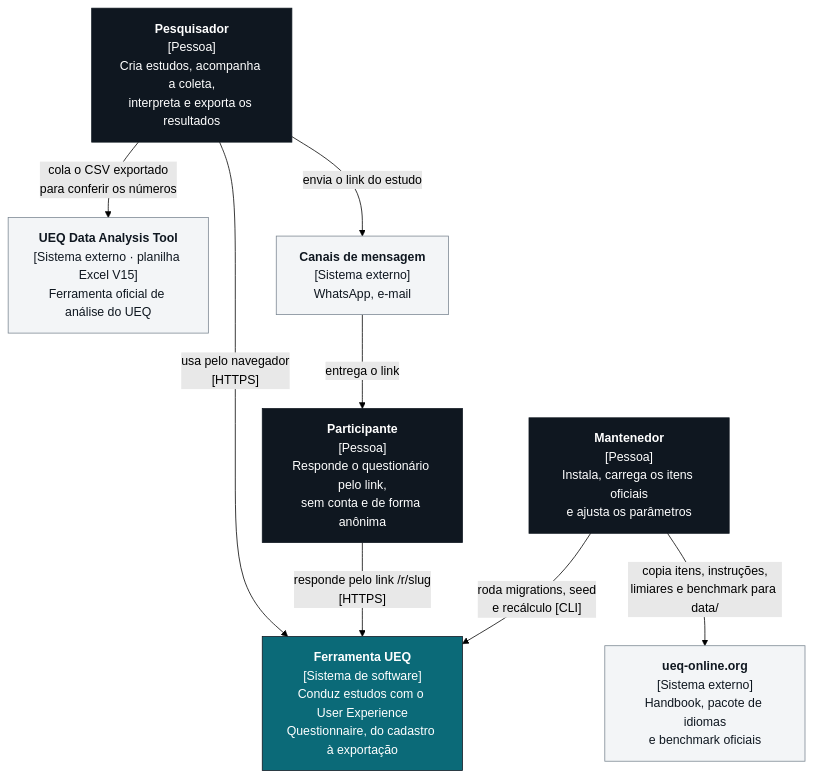
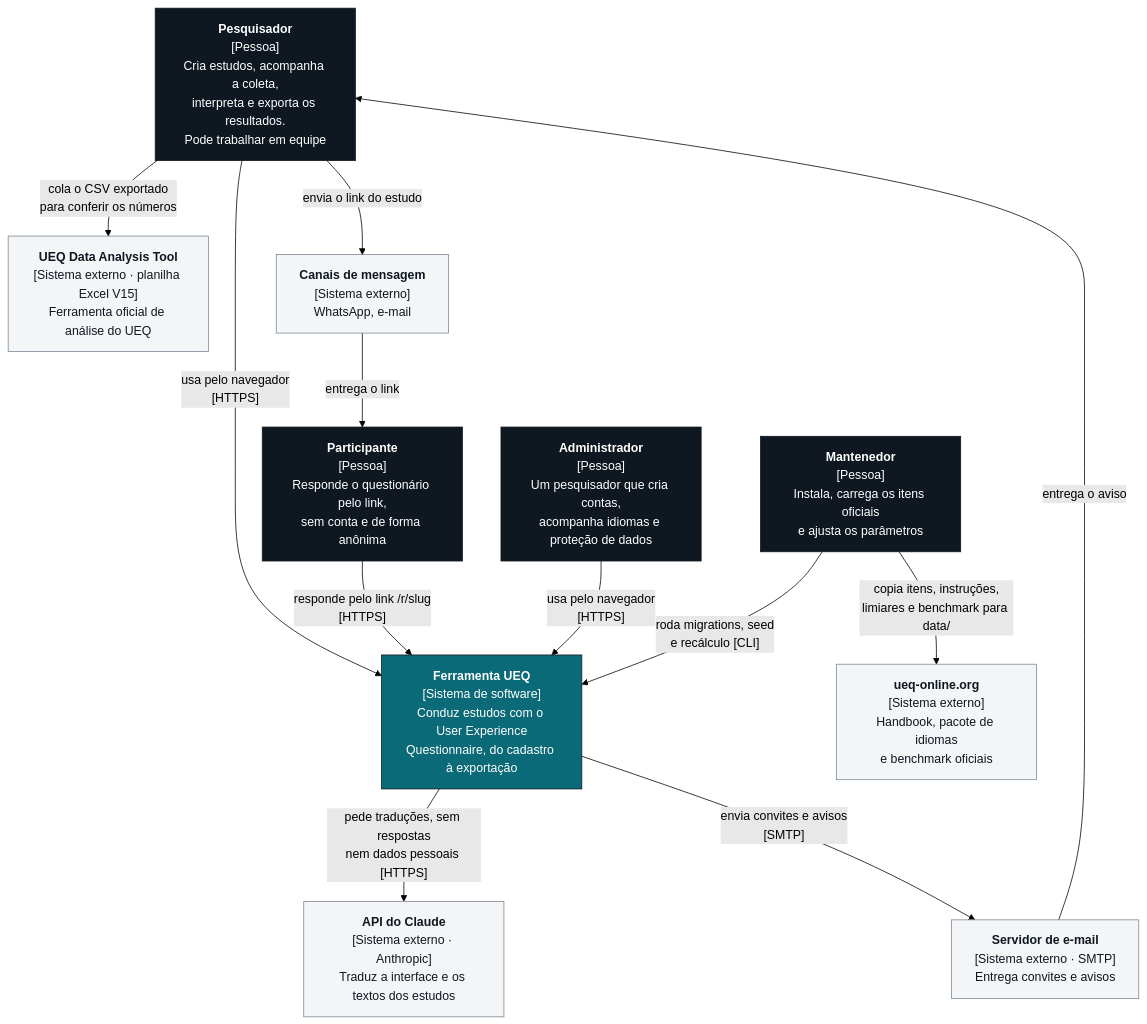
One commit to gabrielfjm/ueq_form_ihc changed the first of 4 diagrams in docs/documentacao/arquitetura.md. Above: the diagram before and after it, drawn with Mermaid (forest theme). The commit also changed other lines of this file and 54 other files, not shown here.

````diff
--- a/docs/documentacao/arquitetura.md
+++ b/docs/documentacao/arquitetura.md
@@ -22,27 +25,34 @@
 ```mermaid
 flowchart TB
-    pesquisador["<b>Pesquisador</b><br/>[Pessoa]<br/>Cria estudos, acompanha a coleta,<br/>interpreta e exporta os resultados"]
+    pesquisador["<b>Pesquisador</b><br/>[Pessoa]<br/>Cria estudos, acompanha a coleta,<br/>interpreta e exporta os resultados.<br/>Pode trabalhar em equipe"]
     participante["<b>Participante</b><br/>[Pessoa]<br/>Responde o questionário pelo link,<br/>sem conta e de forma anônima"]
+    administrador["<b>Administrador</b><br/>[Pessoa]<br/>Um pesquisador que cria contas,<br/>acompanha idiomas e proteção de dados"]
     mantenedor["<b>Mantenedor</b><br/>[Pessoa]<br/>Instala, carrega os itens oficiais<br/>e ajusta os parâmetros"]
 
     ferramenta["<b>Ferramenta UEQ</b><br/>[Sistema de software]<br/>Conduz estudos com o User Experience<br/>Questionnaire, do cadastro à exportação"]
 
+    claude["<b>API do Claude</b><br/>[Sistema externo · Anthropic]<br/>Traduz a interface e os textos dos estudos"]
+    smtp["<b>Servidor de e-mail</b><br/>[Sistema externo · SMTP]<br/>Entrega convites e avisos"]
     planilha["<b>UEQ Data Analysis Tool</b><br/>[Sistema externo · planilha Excel V15]<br/>Ferramenta oficial de análise do UEQ"]
     ueqonline["<b>ueq-online.org</b><br/>[Sistema externo]<br/>Handbook, pacote de idiomas<br/>e benchmark oficiais"]
-    whatsapp["<b>Canais de mensagem</b><br/>[Sistema externo]<br/>WhatsApp, e-mail"]
+    canais["<b>Canais de mensagem</b><br/>[Sistema externo]<br/>WhatsApp, e-mail"]
 
     pesquisador -- "usa pelo navegador<br/>[HTTPS]" --> ferramenta
     participante -- "responde pelo link /r/slug<br/>[HTTPS]" --> ferramenta
+    administrador -- "usa pelo navegador<br/>[HTTPS]" --> ferramenta
     mantenedor -- "roda migrations, seed<br/>e recálculo [CLI]" --> ferramenta
-    pesquisador -- "envia o link do estudo" --> whatsapp
-    whatsapp -- "entrega o link" --> participante
+    ferramenta -- "pede traduções, sem respostas<br/>nem dados pessoais [HTTPS]" --> claude
+    ferramenta -- "envia convites e avisos<br/>[SMTP]" --> smtp
+    smtp -- "entrega o aviso" --> pesquisador
+    pesquisador -- "envia o link do estudo" --> canais
+    canais -- "entrega o link" --> participante
     pesquisador -- "cola o CSV exportado<br/>para conferir os números" --> planilha
     mantenedor -- "copia itens, instruções,<br/>limiares e benchmark para data/" --> ueqonline
 
     classDef pessoa fill:#0F1720,stroke:#0F1720,color:#FFFFFF
     classDef sistema fill:#0B6A78,stroke:#0F1720,color:#FFFFFF
     classDef externo fill:#F3F5F7,stroke:#7A8691,color:#0F1720
-    class pesquisador,participante,mantenedor pessoa
+    class pesquisador,participante,administrador,mantenedor pessoa
     class ferramenta sistema
-    class planilha,ueqonline,whatsapp externo
+    class claude,smtp,planilha,ueqonline,canais externo
 ```
````
